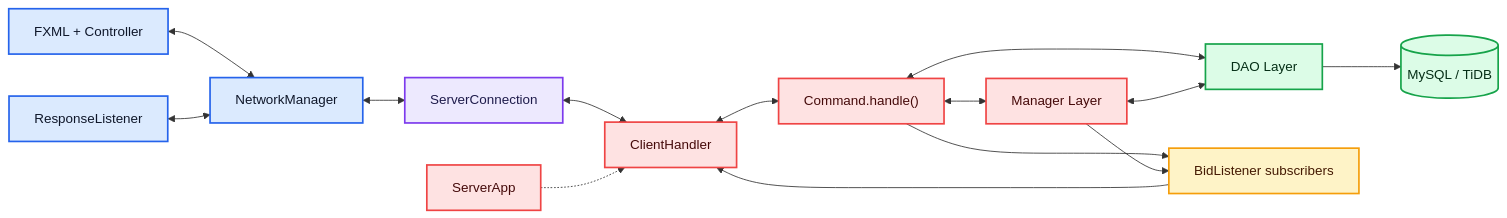
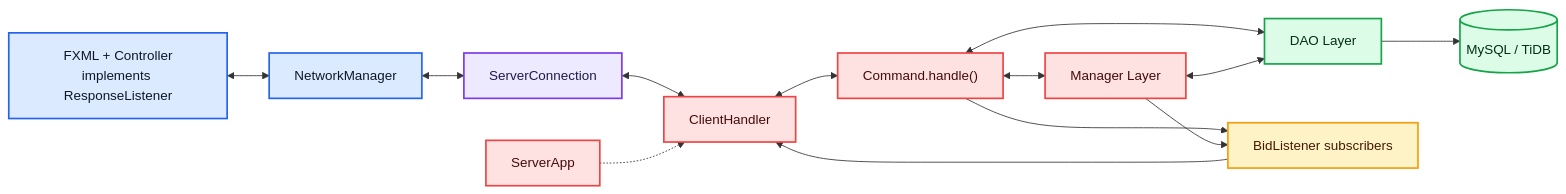
One commit to vuminhlong15122007-lab/SnowFlake changed the diagram in README.md. Above: the diagram before and after it, drawn with Mermaid. The commit also changed other lines of this file, not shown here.

Commit message:
update 01.20.07c : bản vá sơ đồ readme

````diff
--- a/README.md
+++ b/README.md
@@ -67,40 +67,38 @@
 ```mermaid
 flowchart LR
-    UI["FXML + Controller"]
-    RL["ResponseListener"]
+    UI["FXML + Controller<br/>implements ResponseListener"]
     NM["NetworkManager"]
     SC["ServerConnection"]
     SA["ServerApp"]
     CH["ClientHandler"]
     CMD["Command.handle()"]
     M["Manager Layer"]
     DAO["DAO Layer"]
     DB[("MySQL / TiDB")]
     OBS["BidListener subscribers"]
 
     UI <--> NM
-    RL <--> NM
     NM <--> SC
     SC <--> CH
     SA -.-> CH
     CH <--> CMD
     CMD <--> M
     CMD <--> DAO
     M <--> DAO
     DAO --> DB
     CMD --> OBS
     M --> OBS
     OBS --> CH
 
     classDef client fill:#dbeafe,stroke:#2563eb,stroke-width:2px,color:#0f172a
     classDef socket fill:#ede9fe,stroke:#7c3aed,stroke-width:2px,color:#1e1b4b
     classDef server fill:#fee2e2,stroke:#ef4444,stroke-width:2px,color:#450a0a
     classDef data fill:#dcfce7,stroke:#16a34a,stroke-width:2px,color:#052e16
     classDef realtime fill:#fef3c7,stroke:#f59e0b,stroke-width:2px,color:#451a03
 
-    class UI,RL,NM client
+    class UI,NM client
     class SC socket
     class SA,CH,CMD,M server
     class DAO,DB data
     class OBS realtime
 ```
````
